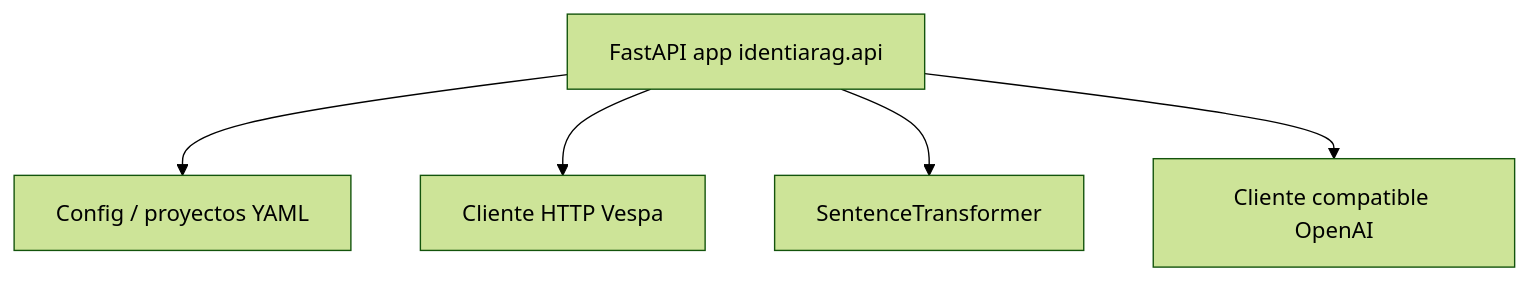
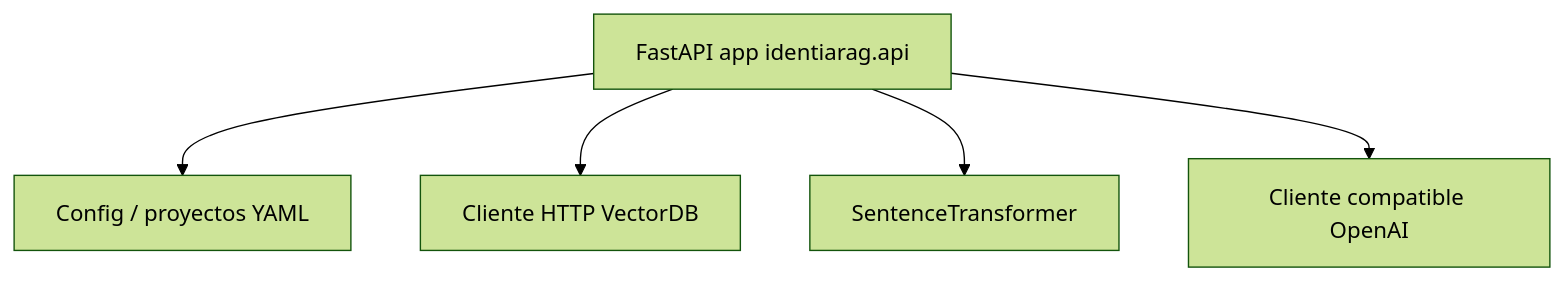
The second of 3 diagrams in docs/as-built/identiarag-software.md (13g4d0/docu-es), drawn with Mermaid (forest theme) before and after one commit. The commit also changed other lines of this file and 15 other files, not shown here.

````diff
--- a/docs/as-built/identiarag-software.md
+++ b/docs/as-built/identiarag-software.md
@@ -38,13 +38,13 @@
 ```mermaid
 flowchart TB
   api[FastAPI app identiarag.api]
   cfg[Config / proyectos YAML]
-  vespa[Cliente HTTP Vespa]
+  vectordb[Cliente HTTP VectorDB]
   emb[SentenceTransformer]
   oai[Cliente compatible OpenAI]
 
   api --> cfg
-  api --> vespa
+  api --> vectordb
   api --> emb
   api --> oai
 ```
````
